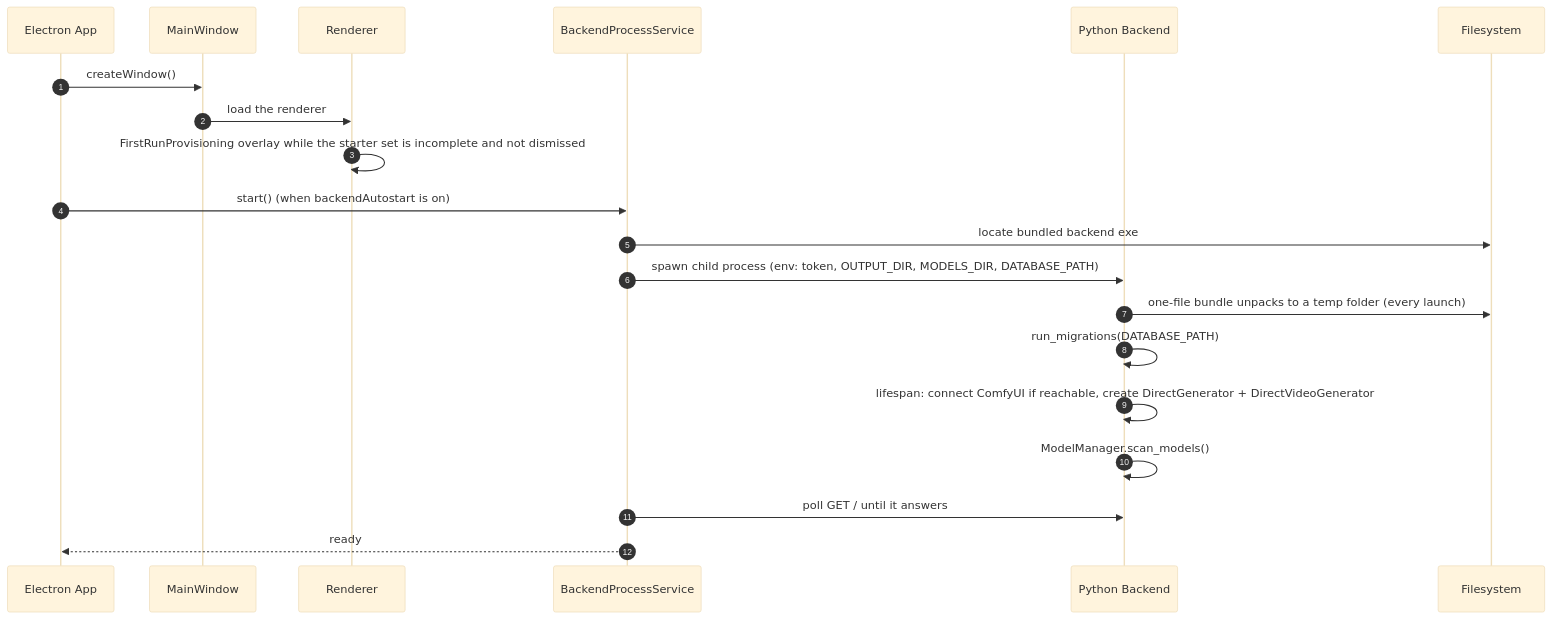
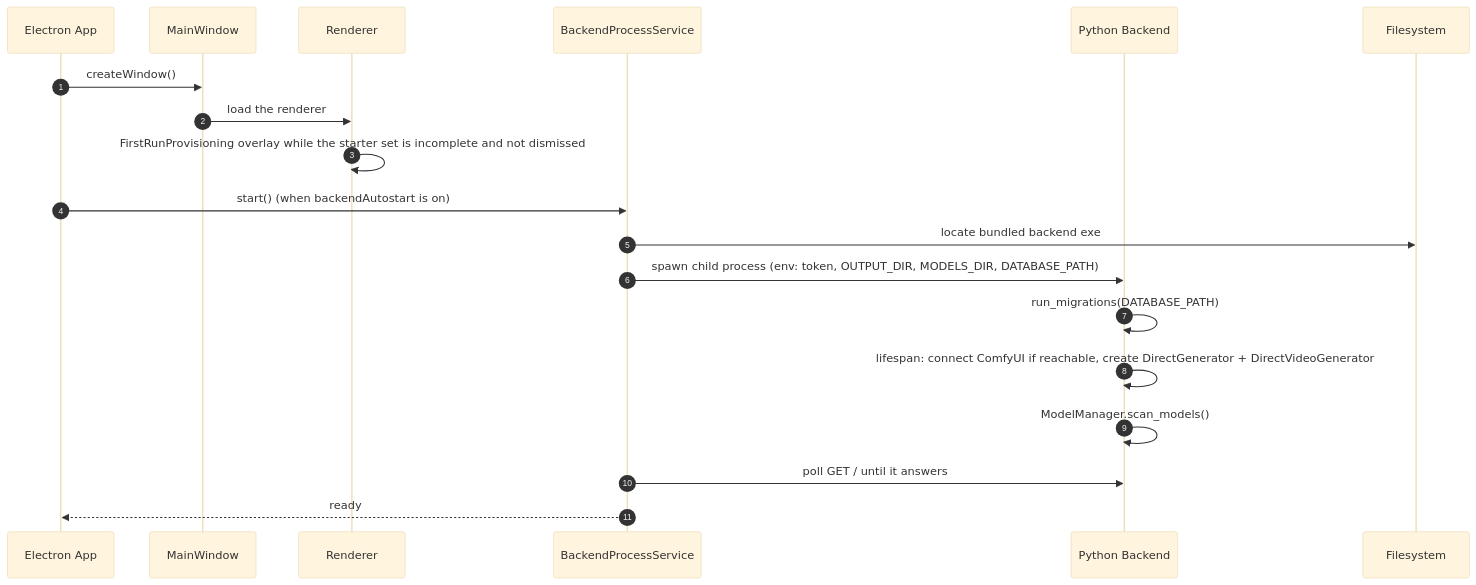
The ninth of 11 diagrams in docs/diagrams/diagrams.md (Git-Rocky-Stack/vision-studio), drawn with Mermaid (base theme) before and after one commit. The commit also changed other lines of this file and 629 other files, not shown here.

````diff
--- a/docs/diagrams/diagrams.md
+++ b/docs/diagrams/diagrams.md
@@ -242,22 +242,21 @@
 ```mermaid
 sequenceDiagram
     autonumber
     participant App as Electron App
     participant Win as MainWindow
     participant UI as Renderer
     participant BP as BackendProcessService
     participant Py as Python Backend
     participant FS as Filesystem
     App->>Win: createWindow()
     Win->>UI: load the renderer
     UI->>UI: FirstRunProvisioning overlay while the starter set is incomplete and not dismissed
     App->>BP: start() (when backendAutostart is on)
     BP->>FS: locate bundled backend exe
     BP->>Py: spawn child process (env: token, OUTPUT_DIR, MODELS_DIR, DATABASE_PATH)
-    Py->>FS: one-file bundle unpacks to a temp folder (every launch)
     Py->>Py: run_migrations(DATABASE_PATH)
     Py->>Py: lifespan: connect ComfyUI if reachable, create DirectGenerator + DirectVideoGenerator
     Py->>Py: ModelManager.scan_models()
     BP->>Py: poll GET / until it answers
     BP-->>App: ready
 ```
````
